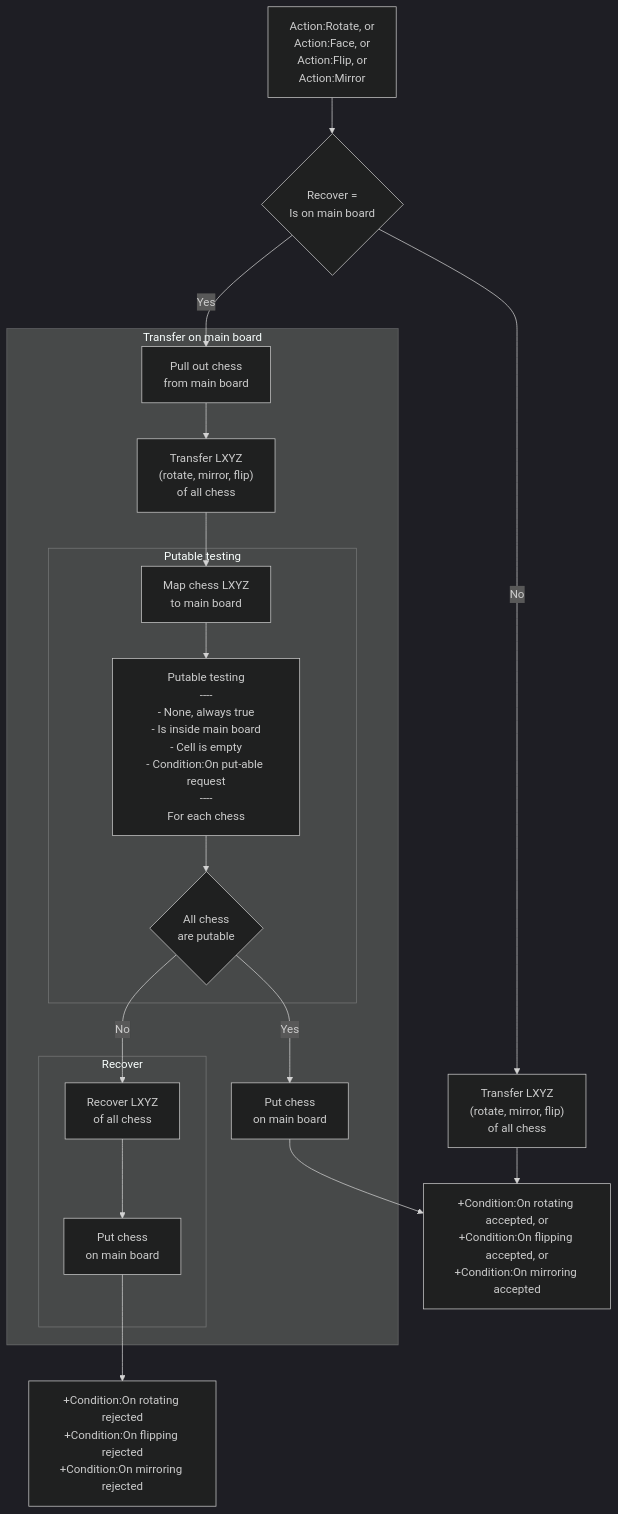
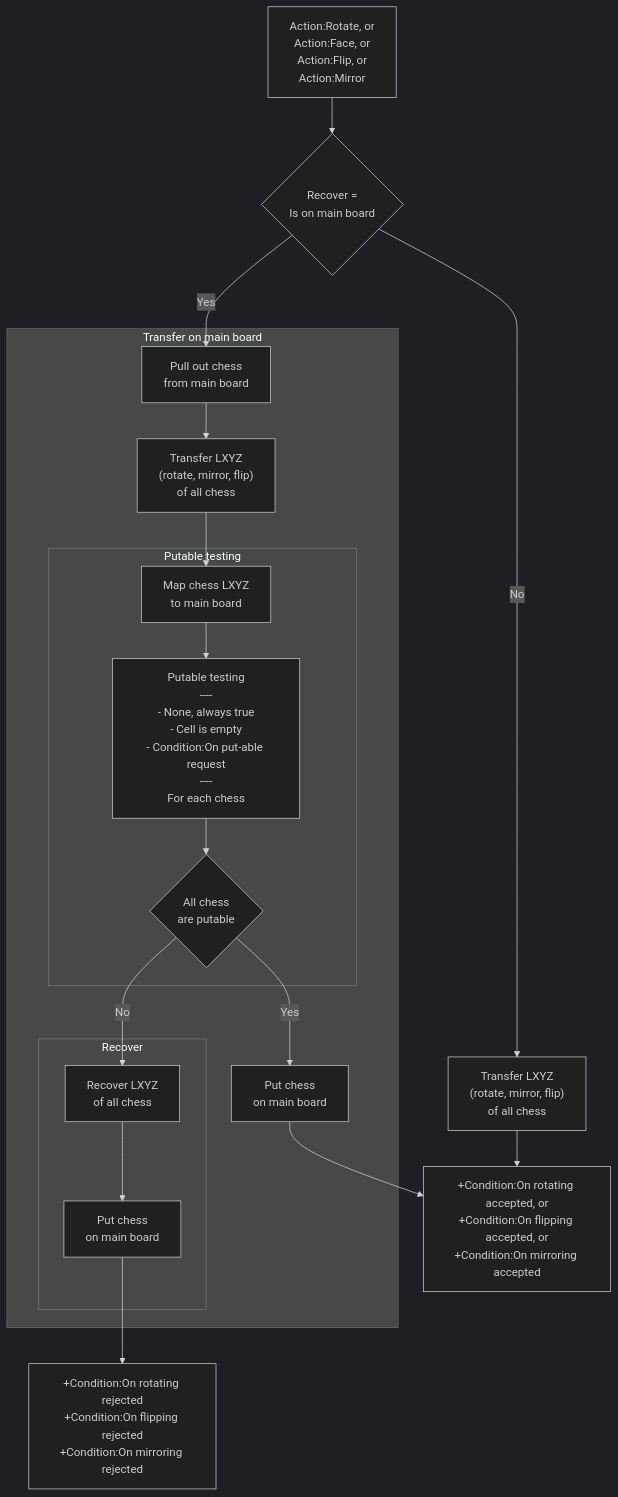
One commit to rexrainbow/C2RexDoc changed the diagram in plugins.md/rex_miniboard_rotate.md. Above: the diagram before and after it, drawn with Mermaid (dark theme). The commit also changed other lines of this file and 8 other files, not shown here.

````diff
--- a/plugins.md/rex_miniboard_rotate.md
+++ b/plugins.md/rex_miniboard_rotate.md
@@ -24,33 +24,33 @@
 ```mermaid
 graph TB
 
 RequestPut["Action:Rotate, or<br>Action:Face, or<br>Action:Flip, or<br>Action:Mirror"] --> IsOnMainBoard{"Recover =<br>Is on main board"}
 IsOnMainBoard --> |Yes| PullOut["Pull out chess<br>from main board"]
 
 subgraph Transfer on main board
 PullOut --> RotateLXYZ0["Transfer LXYZ<br>(rotate, mirror, flip)<br>of all chess"]
 RotateLXYZ0 --> PositionOnMainboard["Map chess LXYZ<br>to main board"]
 
 subgraph Putable testing
-PositionOnMainboard --> PutableTesting["Putable testing<br>----<br>- None, always true<br>- Is inside main board<br>- Cell is empty<br>- Condition:On put-able request<br>----<br>For each chess"]
+PositionOnMainboard --> PutableTesting["Putable testing<br>----<br>- None, always true<br>- Cell is empty<br>- Condition:On put-able request<br>----<br>For each chess"]
 PutableTesting --> AllChessPutable{"All chess<br>are putable"}
 end
 
 AllChessPutable --> |Yes| PutChess0["Put chess<br>on main board"]
 
 AllChessPutable --> |No| RecoverLXYZ["Recover LXYZ<br>of all chess"]
 
 subgraph Recover
 RecoverLXYZ --> PutChess1["Put chess<br>on main board"]
 end
 
 end
 
 PutChess0 --> CondOnAccepted["+Condition:On rotating accepted, or<br>+Condition:On flipping accepted, or<br>+Condition:On mirroring accepted"]
 PutChess1 --> CondOnRejected["+Condition:On rotating rejected<br>+Condition:On flipping rejected<br>+Condition:On mirroring rejected"]
 
 
 
 IsOnMainBoard --> |No| RotateLXYZ1["Transfer LXYZ<br>(rotate, mirror, flip)<br>of all chess"]
 RotateLXYZ1 --> CondOnAccepted
 ```
````
